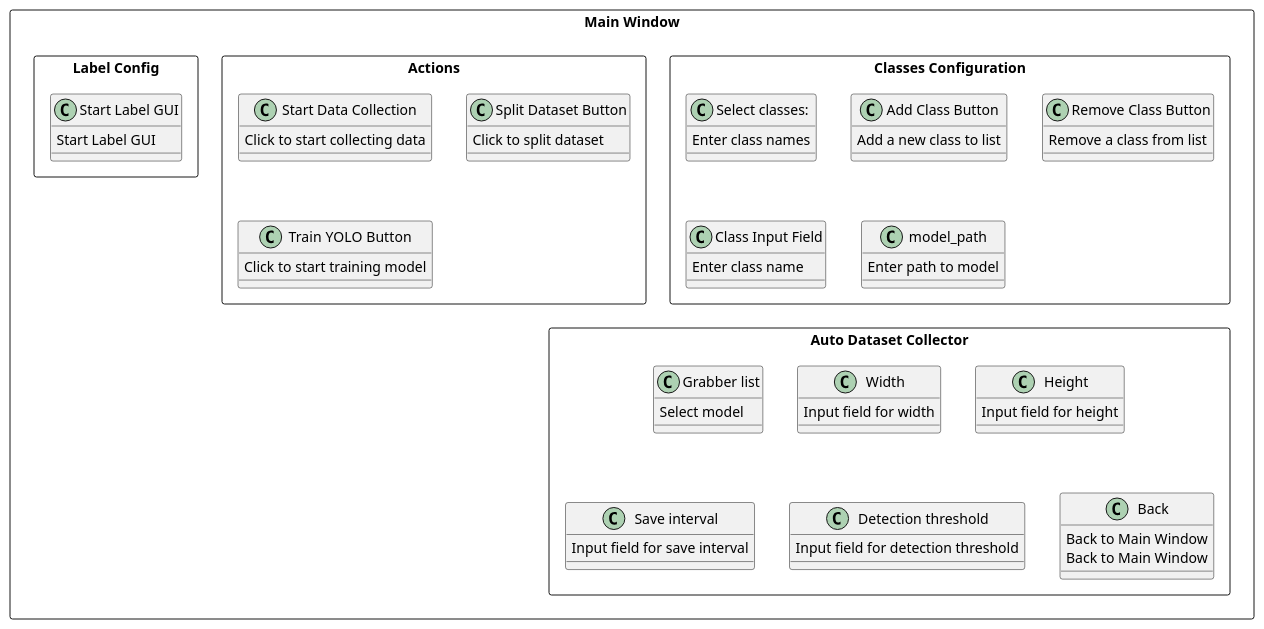
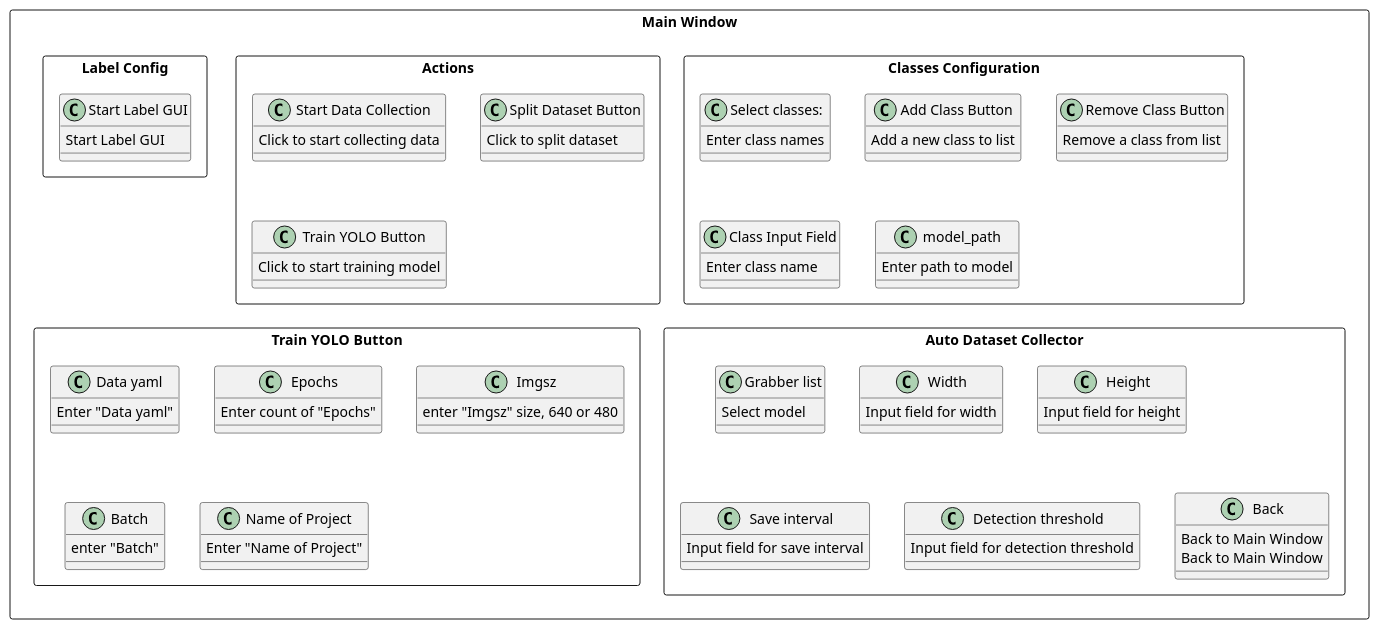
One commit to ReksarGames/YolovTrainGui changed the diagram in gui.puml. Above: the diagram before and after it, drawn with PlantUML.

Commit message:
update(gui.puml): add train yolo interface

```diff
--- a/gui.puml
+++ b/gui.puml
@@ -1,32 +1,40 @@
 @startuml
 rectangle "Main Window" {
     rectangle "Classes Configuration" {
         "Select classes: " : Enter class names
         "Add Class Button" : Add a new class to list
         "Remove Class Button" : Remove a class from list
         "Class Input Field" : Enter class name
         "model_path" : Enter path to model
     }
 
     rectangle "Actions" {
         "Start Data Collection" : Click to start collecting data
         "Split Dataset Button" : Click to split dataset
         "Train YOLO Button" : Click to start training model
     }
 
     rectangle "Auto Dataset Collector" {
         "Grabber list" : Select model
         "Width" : Input field for width
         "Height" : Input field for height
         "Save interval" : Input field for save interval
         "Detection threshold" : Input field for detection threshold
         "Back" : Back to Main Window
     }
 
     rectangle "Label Config" {
         "Start Label GUI" : Start Label GUI
         "Back" : Back to Main Window
     }
+
+    rectangle "Train YOLO Button" {
+        "Data yaml" : Enter "Data yaml"
+        "Epochs" : Enter count of "Epochs"
+        "Imgsz" : enter "Imgsz" size, 640 or 480
+        "Batch" : enter "Batch"
+        "Name of Project" : Enter "Name of Project"
+    }
 }
 
 @enduml
```
